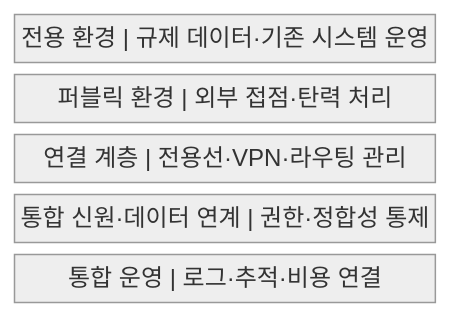
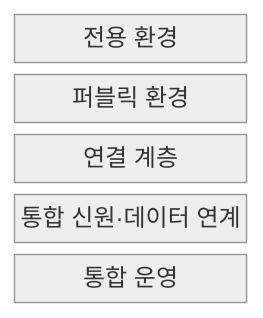
Before and after one commit to agnusdei1207/knowledge-base: the first of 2 diagrams in src/content/docs/notes/03-software/144_hybrid_cloud.md, drawn with Mermaid (neutral theme). The commit also changed other lines of this file and 238 other files, not shown here.

````diff
--- a/src/content/docs/notes/03-software/144_hybrid_cloud.md
+++ b/src/content/docs/notes/03-software/144_hybrid_cloud.md
@@ -57,9 +57,9 @@
 ```mermaid
-block
+block-beta
     columns 1
-    A["전용 환경 | 규제 데이터·기존 시스템 운영"]
-    B["퍼블릭 환경 | 외부 접점·탄력 처리"]
-    C["연결 계층 | 전용선·VPN·라우팅 관리"]
-    D["통합 신원·데이터 연계 | 권한·정합성 통제"]
-    E["통합 운영 | 로그·추적·비용 연결"]
+    A["전용 환경"]
+    B["퍼블릭 환경"]
+    C["연결 계층"]
+    D["통합 신원·데이터 연계"]
+    E["통합 운영"]
 ```
````
